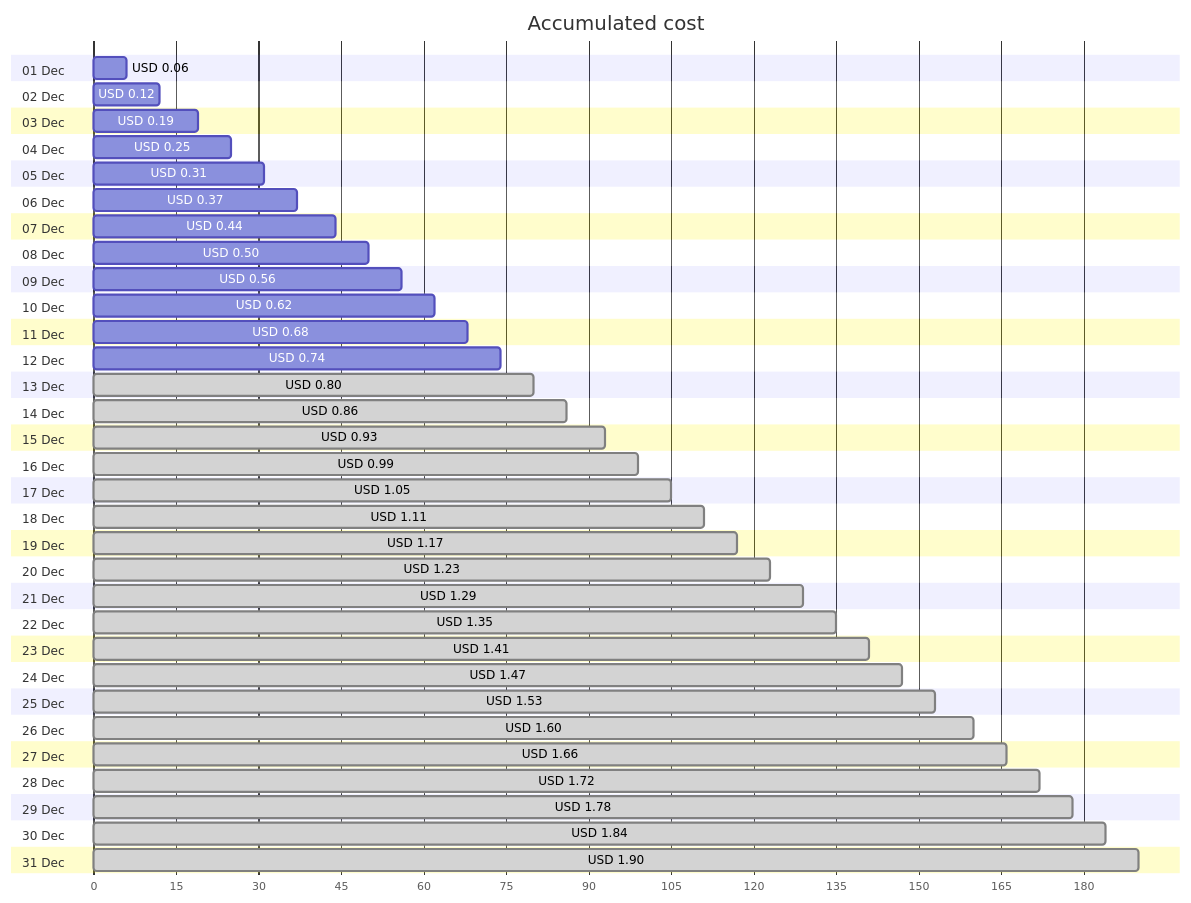
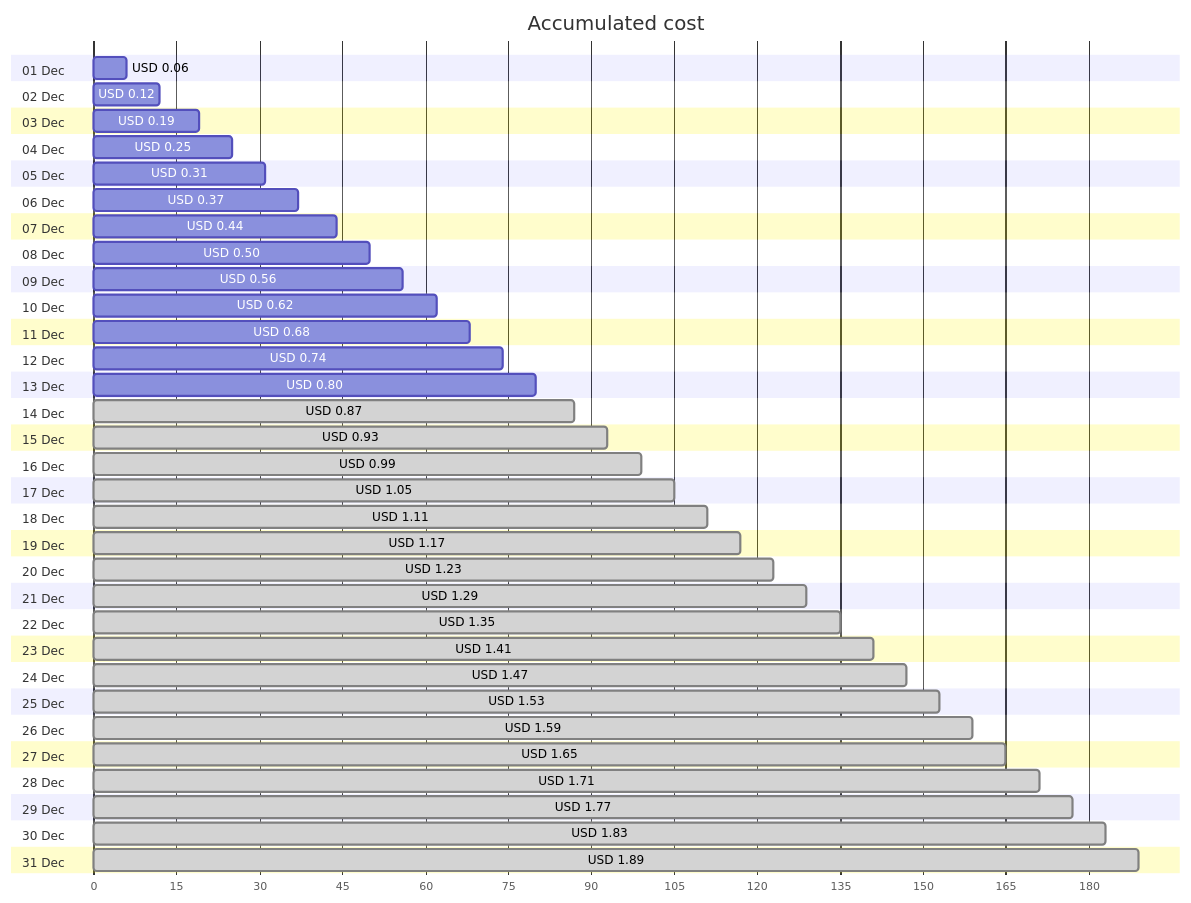
Before and after one commit to jpfulton/azure-personal-reports: the first of 4 diagrams in cost-reports/personal-network/backup-server_OsDisk.md, drawn with Mermaid. The commit also changed other lines of this file and 8 other files, not shown here.

````diff
--- a/cost-reports/personal-network/backup-server_OsDisk.md
+++ b/cost-reports/personal-network/backup-server_OsDisk.md
@@ -20,68 +20,68 @@
 ```mermaid
 gantt
    title Accumulated cost
    dateFormat  X
    axisFormat %s
    section 01 Dec
    USD 0.06 :0, 6
    section 02 Dec
    USD 0.12 :0, 12
    section 03 Dec
    USD 0.19 :0, 19
    section 04 Dec
    USD 0.25 :0, 25
    section 05 Dec
    USD 0.31 :0, 31
    section 06 Dec
    USD 0.37 :0, 37
    section 07 Dec
    USD 0.44 :0, 44
    section 08 Dec
    USD 0.50 :0, 50
    section 09 Dec
    USD 0.56 :0, 56
    section 10 Dec
    USD 0.62 :0, 62
    section 11 Dec
    USD 0.68 :0, 68
    section 12 Dec
    USD 0.74 :0, 74
    section 13 Dec
-   USD 0.80 : done, 0, 80
+   USD 0.80 :0, 80
    section 14 Dec
-   USD 0.86 : done, 0, 86
+   USD 0.87 : done, 0, 87
    section 15 Dec
    USD 0.93 : done, 0, 93
    section 16 Dec
    USD 0.99 : done, 0, 99
    section 17 Dec
    USD 1.05 : done, 0, 105
    section 18 Dec
    USD 1.11 : done, 0, 111
    section 19 Dec
    USD 1.17 : done, 0, 117
    section 20 Dec
    USD 1.23 : done, 0, 123
    section 21 Dec
    USD 1.29 : done, 0, 129
    section 22 Dec
    USD 1.35 : done, 0, 135
    section 23 Dec
    USD 1.41 : done, 0, 141
    section 24 Dec
    USD 1.47 : done, 0, 147
    section 25 Dec
    USD 1.53 : done, 0, 153
    section 26 Dec
-   USD 1.60 : done, 0, 160
+   USD 1.59 : done, 0, 159
    section 27 Dec
-   USD 1.66 : done, 0, 166
+   USD 1.65 : done, 0, 165
    section 28 Dec
-   USD 1.72 : done, 0, 172
+   USD 1.71 : done, 0, 171
    section 29 Dec
-   USD 1.78 : done, 0, 178
+   USD 1.77 : done, 0, 177
    section 30 Dec
-   USD 1.84 : done, 0, 184
+   USD 1.83 : done, 0, 183
    section 31 Dec
-   USD 1.90 : done, 0, 190
+   USD 1.89 : done, 0, 189
 ```
````
